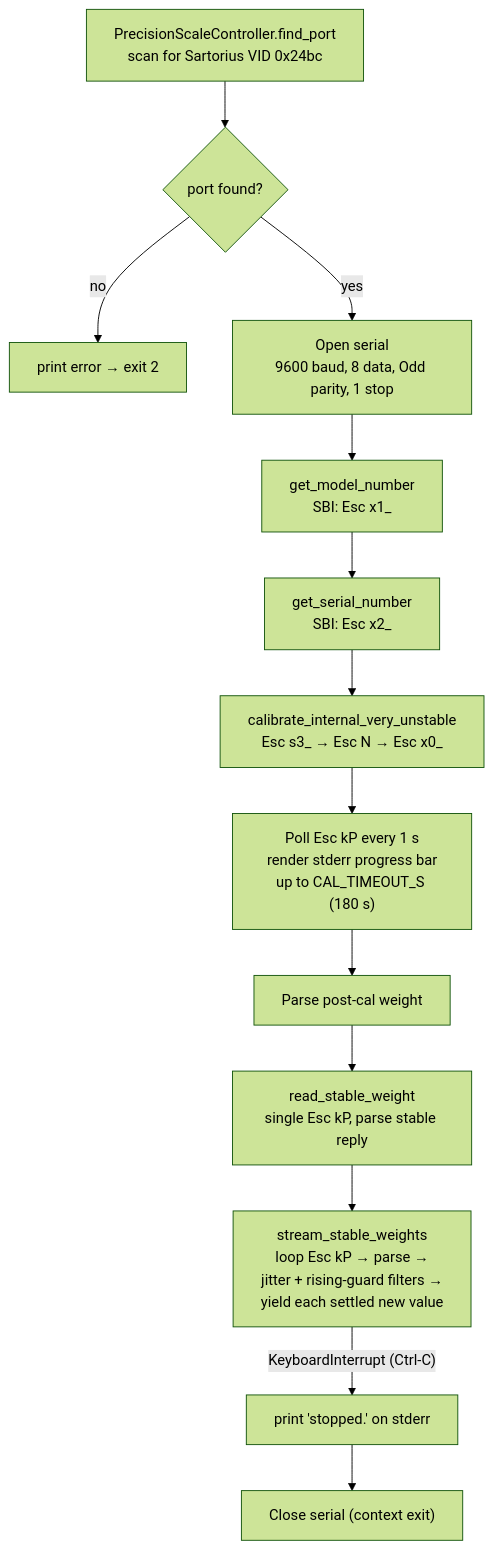
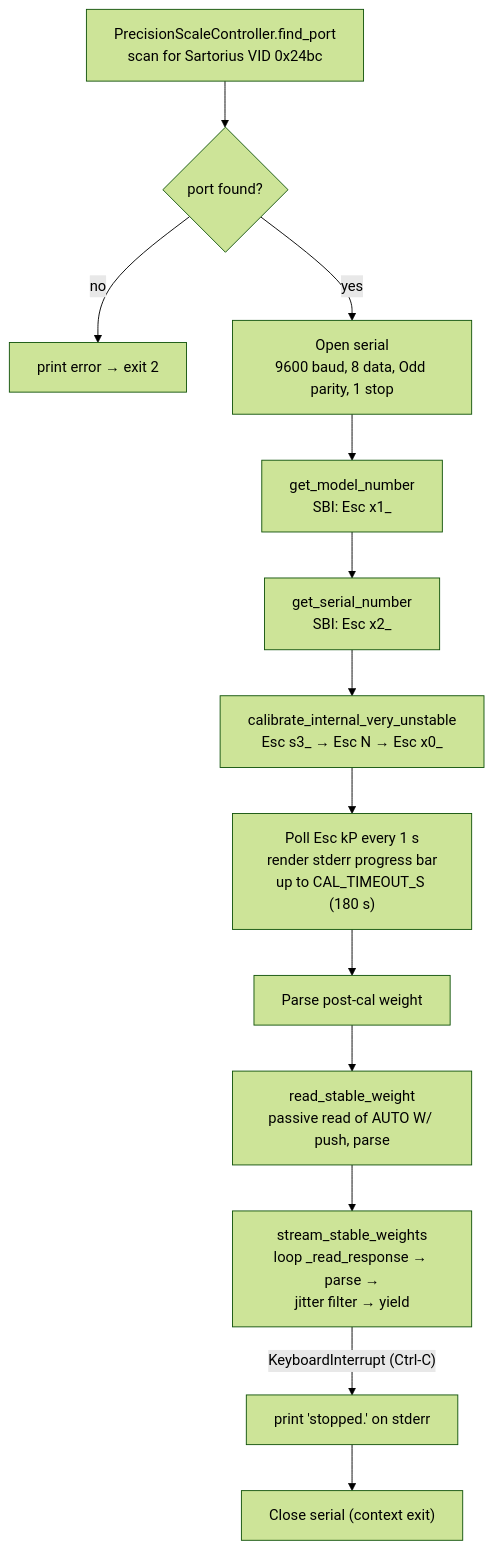
One commit to coport-uni/PrecisionScaleController changed the diagram in README.md. Above: the diagram before and after it, drawn with Mermaid (forest theme). The commit also changed other lines of this file and 5 other files, not shown here.

First line of the commit message:
refactor(scale): switch to AUTO W/ + passive read (Approach B) (#15)

````diff
--- a/README.md
+++ b/README.md
@@ -54,15 +55,15 @@
 ```mermaid
 flowchart TD
     A["PrecisionScaleController.find_port<br/>scan for Sartorius VID 0x24bc"] --> B{port found?}
     B -- no --> Z["print error → exit 2"]
     B -- yes --> C["Open serial<br/>9600 baud, 8 data, Odd parity, 1 stop"]
     C --> D["get_model_number<br/>SBI: Esc x1_"]
     D --> E["get_serial_number<br/>SBI: Esc x2_"]
     E --> F["calibrate_internal_very_unstable<br/>Esc s3_ → Esc N → Esc x0_"]
     F --> G["Poll Esc kP every 1 s<br/>render stderr progress bar<br/>up to CAL_TIMEOUT_S (180 s)"]
     G --> H["Parse post-cal weight"]
-    H --> I["read_stable_weight<br/>single Esc kP, parse stable reply"]
-    I --> J["stream_stable_weights<br/>loop Esc kP → parse →<br/>jitter + rising-guard filters →<br/>yield each settled new value"]
+    H --> I["read_stable_weight<br/>passive read of AUTO W/ push, parse"]
+    I --> J["stream_stable_weights<br/>loop _read_response → parse →<br/>jitter filter → yield"]
     J -- "KeyboardInterrupt (Ctrl-C)" --> K["print 'stopped.' on stderr"]
     K --> L["Close serial (context exit)"]
 ```
````
